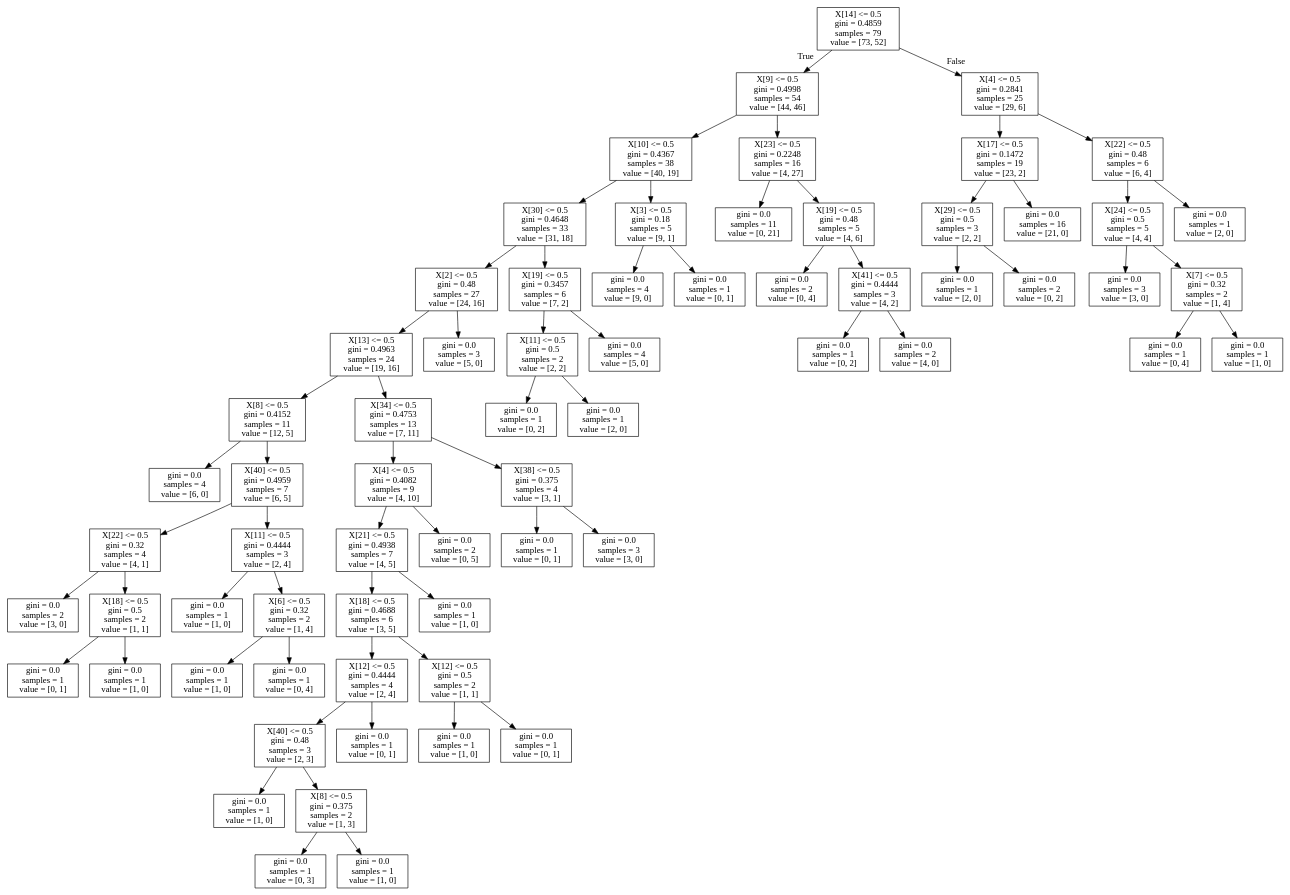
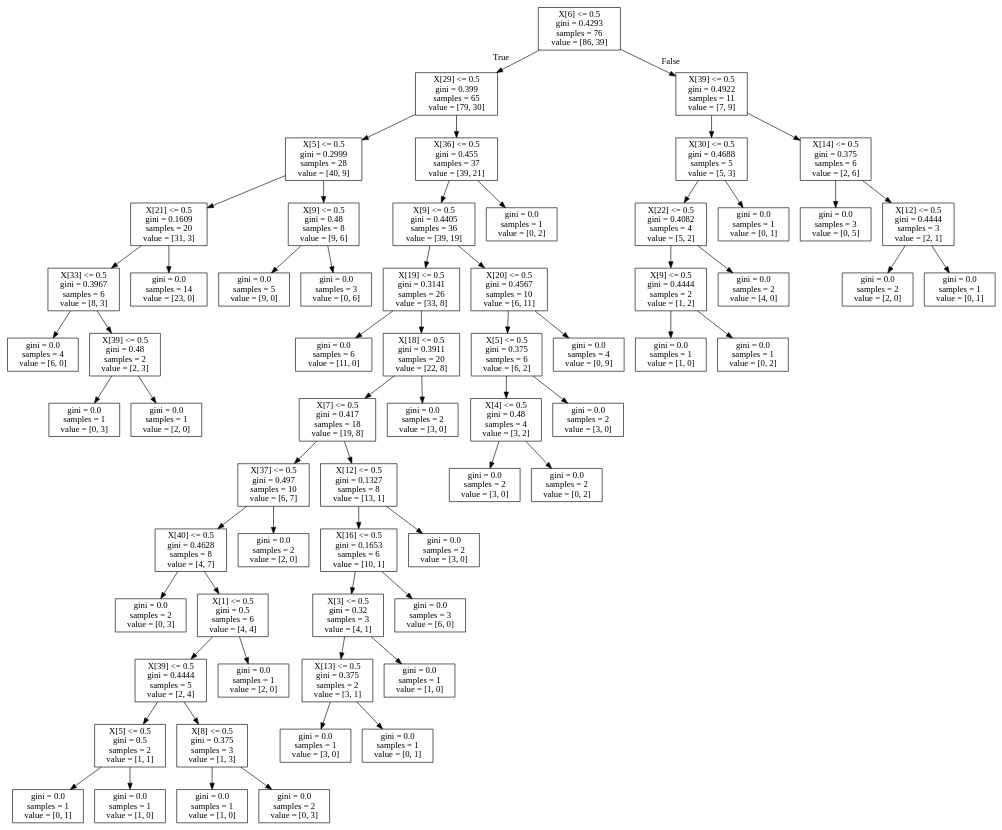
One commit to aaronfowles/elastography changed the diagram in tree2.dot. Above: the diagram before and after it, drawn with Graphviz. The commit also changed 11 other files, not shown here.

```diff
--- a/tree2.dot
+++ b/tree2.dot
@@ -1,136 +1,128 @@
 digraph Tree {
 node [shape=box] ;
-0 [label="X[14] <= 0.5\ngini = 0.4859\nsamples = 79\nvalue = [73, 52]"] ;
-1 [label="X[9] <= 0.5\ngini = 0.4998\nsamples = 54\nvalue = [44, 46]"] ;
+0 [label="X[6] <= 0.5\ngini = 0.4293\nsamples = 76\nvalue = [86, 39]"] ;
+1 [label="X[29] <= 0.5\ngini = 0.399\nsamples = 65\nvalue = [79, 30]"] ;
 0 -> 1 [labeldistance=2.5, labelangle=45, headlabel="True"] ;
-2 [label="X[10] <= 0.5\ngini = 0.4367\nsamples = 38\nvalue = [40, 19]"] ;
+2 [label="X[5] <= 0.5\ngini = 0.2999\nsamples = 28\nvalue = [40, 9]"] ;
 1 -> 2 ;
-3 [label="X[30] <= 0.5\ngini = 0.4648\nsamples = 33\nvalue = [31, 18]"] ;
+3 [label="X[21] <= 0.5\ngini = 0.1609\nsamples = 20\nvalue = [31, 3]"] ;
 2 -> 3 ;
-4 [label="X[2] <= 0.5\ngini = 0.48\nsamples = 27\nvalue = [24, 16]"] ;
+4 [label="X[33] <= 0.5\ngini = 0.3967\nsamples = 6\nvalue = [8, 3]"] ;
 3 -> 4 ;
-5 [label="X[13] <= 0.5\ngini = 0.4963\nsamples = 24\nvalue = [19, 16]"] ;
+5 [label="gini = 0.0\nsamples = 4\nvalue = [6, 0]"] ;
 4 -> 5 ;
-6 [label="X[8] <= 0.5\ngini = 0.4152\nsamples = 11\nvalue = [12, 5]"] ;
-5 -> 6 ;
-7 [label="gini = 0.0\nsamples = 4\nvalue = [6, 0]"] ;
+6 [label="X[39] <= 0.5\ngini = 0.48\nsamples = 2\nvalue = [2, 3]"] ;
+4 -> 6 ;
+7 [label="gini = 0.0\nsamples = 1\nvalue = [0, 3]"] ;
 6 -> 7 ;
-8 [label="X[40] <= 0.5\ngini = 0.4959\nsamples = 7\nvalue = [6, 5]"] ;
+8 [label="gini = 0.0\nsamples = 1\nvalue = [2, 0]"] ;
 6 -> 8 ;
-9 [label="X[22] <= 0.5\ngini = 0.32\nsamples = 4\nvalue = [4, 1]"] ;
-8 -> 9 ;
-10 [label="gini = 0.0\nsamples = 2\nvalue = [3, 0]"] ;
-9 -> 10 ;
-11 [label="X[18] <= 0.5\ngini = 0.5\nsamples = 2\nvalue = [1, 1]"] ;
-9 -> 11 ;
-12 [label="gini = 0.0\nsamples = 1\nvalue = [0, 1]"] ;
-11 -> 12 ;
-13 [label="gini = 0.0\nsamples = 1\nvalue = [1, 0]"] ;
-11 -> 13 ;
-14 [label="X[11] <= 0.5\ngini = 0.4444\nsamples = 3\nvalue = [2, 4]"] ;
-8 -> 14 ;
-15 [label="gini = 0.0\nsamples = 1\nvalue = [1, 0]"] ;
+9 [label="gini = 0.0\nsamples = 14\nvalue = [23, 0]"] ;
+3 -> 9 ;
+10 [label="X[9] <= 0.5\ngini = 0.48\nsamples = 8\nvalue = [9, 6]"] ;
+2 -> 10 ;
+11 [label="gini = 0.0\nsamples = 5\nvalue = [9, 0]"] ;
+10 -> 11 ;
+12 [label="gini = 0.0\nsamples = 3\nvalue = [0, 6]"] ;
+10 -> 12 ;
+13 [label="X[36] <= 0.5\ngini = 0.455\nsamples = 37\nvalue = [39, 21]"] ;
+1 -> 13 ;
+14 [label="X[9] <= 0.5\ngini = 0.4405\nsamples = 36\nvalue = [39, 19]"] ;
+13 -> 14 ;
+15 [label="X[19] <= 0.5\ngini = 0.3141\nsamples = 26\nvalue = [33, 8]"] ;
 14 -> 15 ;
-16 [label="X[6] <= 0.5\ngini = 0.32\nsamples = 2\nvalue = [1, 4]"] ;
-14 -> 16 ;
-17 [label="gini = 0.0\nsamples = 1\nvalue = [1, 0]"] ;
-16 -> 17 ;
-18 [label="gini = 0.0\nsamples = 1\nvalue = [0, 4]"] ;
-16 -> 18 ;
-19 [label="X[34] <= 0.5\ngini = 0.4753\nsamples = 13\nvalue = [7, 11]"] ;
-5 -> 19 ;
-20 [label="X[4] <= 0.5\ngini = 0.4082\nsamples = 9\nvalue = [4, 10]"] ;
+16 [label="gini = 0.0\nsamples = 6\nvalue = [11, 0]"] ;
+15 -> 16 ;
+17 [label="X[18] <= 0.5\ngini = 0.3911\nsamples = 20\nvalue = [22, 8]"] ;
+15 -> 17 ;
+18 [label="X[7] <= 0.5\ngini = 0.417\nsamples = 18\nvalue = [19, 8]"] ;
+17 -> 18 ;
+19 [label="X[37] <= 0.5\ngini = 0.497\nsamples = 10\nvalue = [6, 7]"] ;
+18 -> 19 ;
+20 [label="X[40] <= 0.5\ngini = 0.4628\nsamples = 8\nvalue = [4, 7]"] ;
 19 -> 20 ;
-21 [label="X[21] <= 0.5\ngini = 0.4938\nsamples = 7\nvalue = [4, 5]"] ;
+21 [label="gini = 0.0\nsamples = 2\nvalue = [0, 3]"] ;
 20 -> 21 ;
-22 [label="X[18] <= 0.5\ngini = 0.4688\nsamples = 6\nvalue = [3, 5]"] ;
-21 -> 22 ;
-23 [label="X[12] <= 0.5\ngini = 0.4444\nsamples = 4\nvalue = [2, 4]"] ;
+22 [label="X[1] <= 0.5\ngini = 0.5\nsamples = 6\nvalue = [4, 4]"] ;
+20 -> 22 ;
+23 [label="X[39] <= 0.5\ngini = 0.4444\nsamples = 5\nvalue = [2, 4]"] ;
 22 -> 23 ;
-24 [label="X[40] <= 0.5\ngini = 0.48\nsamples = 3\nvalue = [2, 3]"] ;
+24 [label="X[5] <= 0.5\ngini = 0.5\nsamples = 2\nvalue = [1, 1]"] ;
 23 -> 24 ;
-25 [label="gini = 0.0\nsamples = 1\nvalue = [1, 0]"] ;
+25 [label="gini = 0.0\nsamples = 1\nvalue = [0, 1]"] ;
 24 -> 25 ;
-26 [label="X[8] <= 0.5\ngini = 0.375\nsamples = 2\nvalue = [1, 3]"] ;
+26 [label="gini = 0.0\nsamples = 1\nvalue = [1, 0]"] ;
 24 -> 26 ;
-27 [label="gini = 0.0\nsamples = 1\nvalue = [0, 3]"] ;
-26 -> 27 ;
+27 [label="X[8] <= 0.5\ngini = 0.375\nsamples = 3\nvalue = [1, 3]"] ;
+23 -> 27 ;
 28 [label="gini = 0.0\nsamples = 1\nvalue = [1, 0]"] ;
-26 -> 28 ;
-29 [label="gini = 0.0\nsamples = 1\nvalue = [0, 1]"] ;
-23 -> 29 ;
-30 [label="X[12] <= 0.5\ngini = 0.5\nsamples = 2\nvalue = [1, 1]"] ;
+27 -> 28 ;
+29 [label="gini = 0.0\nsamples = 2\nvalue = [0, 3]"] ;
+27 -> 29 ;
+30 [label="gini = 0.0\nsamples = 1\nvalue = [2, 0]"] ;
 22 -> 30 ;
-31 [label="gini = 0.0\nsamples = 1\nvalue = [1, 0]"] ;
-30 -> 31 ;
-32 [label="gini = 0.0\nsamples = 1\nvalue = [0, 1]"] ;
-30 -> 32 ;
-33 [label="gini = 0.0\nsamples = 1\nvalue = [1, 0]"] ;
-21 -> 33 ;
-34 [label="gini = 0.0\nsamples = 2\nvalue = [0, 5]"] ;
-20 -> 34 ;
-35 [label="X[38] <= 0.5\ngini = 0.375\nsamples = 4\nvalue = [3, 1]"] ;
-19 -> 35 ;
-36 [label="gini = 0.0\nsamples = 1\nvalue = [0, 1]"] ;
+31 [label="gini = 0.0\nsamples = 2\nvalue = [2, 0]"] ;
+19 -> 31 ;
+32 [label="X[12] <= 0.5\ngini = 0.1327\nsamples = 8\nvalue = [13, 1]"] ;
+18 -> 32 ;
+33 [label="X[16] <= 0.5\ngini = 0.1653\nsamples = 6\nvalue = [10, 1]"] ;
+32 -> 33 ;
+34 [label="X[3] <= 0.5\ngini = 0.32\nsamples = 3\nvalue = [4, 1]"] ;
+33 -> 34 ;
+35 [label="X[13] <= 0.5\ngini = 0.375\nsamples = 2\nvalue = [3, 1]"] ;
+34 -> 35 ;
+36 [label="gini = 0.0\nsamples = 1\nvalue = [3, 0]"] ;
 35 -> 36 ;
-37 [label="gini = 0.0\nsamples = 3\nvalue = [3, 0]"] ;
+37 [label="gini = 0.0\nsamples = 1\nvalue = [0, 1]"] ;
 35 -> 37 ;
-38 [label="gini = 0.0\nsamples = 3\nvalue = [5, 0]"] ;
-4 -> 38 ;
-39 [label="X[19] <= 0.5\ngini = 0.3457\nsamples = 6\nvalue = [7, 2]"] ;
-3 -> 39 ;
-40 [label="X[11] <= 0.5\ngini = 0.5\nsamples = 2\nvalue = [2, 2]"] ;
-39 -> 40 ;
-41 [label="gini = 0.0\nsamples = 1\nvalue = [0, 2]"] ;
-40 -> 41 ;
-42 [label="gini = 0.0\nsamples = 1\nvalue = [2, 0]"] ;
-40 -> 42 ;
-43 [label="gini = 0.0\nsamples = 4\nvalue = [5, 0]"] ;
-39 -> 43 ;
-44 [label="X[3] <= 0.5\ngini = 0.18\nsamples = 5\nvalue = [9, 1]"] ;
-2 -> 44 ;
-45 [label="gini = 0.0\nsamples = 4\nvalue = [9, 0]"] ;
+38 [label="gini = 0.0\nsamples = 1\nvalue = [1, 0]"] ;
+34 -> 38 ;
+39 [label="gini = 0.0\nsamples = 3\nvalue = [6, 0]"] ;
+33 -> 39 ;
+40 [label="gini = 0.0\nsamples = 2\nvalue = [3, 0]"] ;
+32 -> 40 ;
+41 [label="gini = 0.0\nsamples = 2\nvalue = [3, 0]"] ;
+17 -> 41 ;
+42 [label="X[20] <= 0.5\ngini = 0.4567\nsamples = 10\nvalue = [6, 11]"] ;
+14 -> 42 ;
+43 [label="X[5] <= 0.5\ngini = 0.375\nsamples = 6\nvalue = [6, 2]"] ;
+42 -> 43 ;
+44 [label="X[4] <= 0.5\ngini = 0.48\nsamples = 4\nvalue = [3, 2]"] ;
+43 -> 44 ;
+45 [label="gini = 0.0\nsamples = 2\nvalue = [3, 0]"] ;
 44 -> 45 ;
-46 [label="gini = 0.0\nsamples = 1\nvalue = [0, 1]"] ;
+46 [label="gini = 0.0\nsamples = 2\nvalue = [0, 2]"] ;
 44 -> 46 ;
-47 [label="X[23] <= 0.5\ngini = 0.2248\nsamples = 16\nvalue = [4, 27]"] ;
-1 -> 47 ;
-48 [label="gini = 0.0\nsamples = 11\nvalue = [0, 21]"] ;
-47 -> 48 ;
-49 [label="X[19] <= 0.5\ngini = 0.48\nsamples = 5\nvalue = [4, 6]"] ;
-47 -> 49 ;
-50 [label="gini = 0.0\nsamples = 2\nvalue = [0, 4]"] ;
-49 -> 50 ;
-51 [label="X[41] <= 0.5\ngini = 0.4444\nsamples = 3\nvalue = [4, 2]"] ;
-49 -> 51 ;
-52 [label="gini = 0.0\nsamples = 1\nvalue = [0, 2]"] ;
+47 [label="gini = 0.0\nsamples = 2\nvalue = [3, 0]"] ;
+43 -> 47 ;
+48 [label="gini = 0.0\nsamples = 4\nvalue = [0, 9]"] ;
+42 -> 48 ;
+49 [label="gini = 0.0\nsamples = 1\nvalue = [0, 2]"] ;
+13 -> 49 ;
+50 [label="X[39] <= 0.5\ngini = 0.4922\nsamples = 11\nvalue = [7, 9]"] ;
+0 -> 50 [labeldistance=2.5, labelangle=-45, headlabel="False"] ;
+51 [label="X[30] <= 0.5\ngini = 0.4688\nsamples = 5\nvalue = [5, 3]"] ;
+50 -> 51 ;
+52 [label="X[22] <= 0.5\ngini = 0.4082\nsamples = 4\nvalue = [5, 2]"] ;
 51 -> 52 ;
-53 [label="gini = 0.0\nsamples = 2\nvalue = [4, 0]"] ;
-51 -> 53 ;
-54 [label="X[4] <= 0.5\ngini = 0.2841\nsamples = 25\nvalue = [29, 6]"] ;
-0 -> 54 [labeldistance=2.5, labelangle=-45, headlabel="False"] ;
-55 [label="X[17] <= 0.5\ngini = 0.1472\nsamples = 19\nvalue = [23, 2]"] ;
-54 -> 55 ;
-56 [label="X[29] <= 0.5\ngini = 0.5\nsamples = 3\nvalue = [2, 2]"] ;
-55 -> 56 ;
-57 [label="gini = 0.0\nsamples = 1\nvalue = [2, 0]"] ;
-56 -> 57 ;
-58 [label="gini = 0.0\nsamples = 2\nvalue = [0, 2]"] ;
-56 -> 58 ;
-59 [label="gini = 0.0\nsamples = 16\nvalue = [21, 0]"] ;
-55 -> 59 ;
-60 [label="X[22] <= 0.5\ngini = 0.48\nsamples = 6\nvalue = [6, 4]"] ;
-54 -> 60 ;
-61 [label="X[24] <= 0.5\ngini = 0.5\nsamples = 5\nvalue = [4, 4]"] ;
+53 [label="X[9] <= 0.5\ngini = 0.4444\nsamples = 2\nvalue = [1, 2]"] ;
+52 -> 53 ;
+54 [label="gini = 0.0\nsamples = 1\nvalue = [1, 0]"] ;
+53 -> 54 ;
+55 [label="gini = 0.0\nsamples = 1\nvalue = [0, 2]"] ;
+53 -> 55 ;
+56 [label="gini = 0.0\nsamples = 2\nvalue = [4, 0]"] ;
+52 -> 56 ;
+57 [label="gini = 0.0\nsamples = 1\nvalue = [0, 1]"] ;
+51 -> 57 ;
+58 [label="X[14] <= 0.5\ngini = 0.375\nsamples = 6\nvalue = [2, 6]"] ;
+50 -> 58 ;
+59 [label="gini = 0.0\nsamples = 3\nvalue = [0, 5]"] ;
+58 -> 59 ;
+60 [label="X[12] <= 0.5\ngini = 0.4444\nsamples = 3\nvalue = [2, 1]"] ;
+58 -> 60 ;
+61 [label="gini = 0.0\nsamples = 2\nvalue = [2, 0]"] ;
 60 -> 61 ;
-62 [label="gini = 0.0\nsamples = 3\nvalue = [3, 0]"] ;
-61 -> 62 ;
-63 [label="X[7] <= 0.5\ngini = 0.32\nsamples = 2\nvalue = [1, 4]"] ;
-61 -> 63 ;
-64 [label="gini = 0.0\nsamples = 1\nvalue = [0, 4]"] ;
-63 -> 64 ;
-65 [label="gini = 0.0\nsamples = 1\nvalue = [1, 0]"] ;
-63 -> 65 ;
-66 [label="gini = 0.0\nsamples = 1\nvalue = [2, 0]"] ;
-60 -> 66 ;
+62 [label="gini = 0.0\nsamples = 1\nvalue = [0, 1]"] ;
+60 -> 62 ;
 }
```
